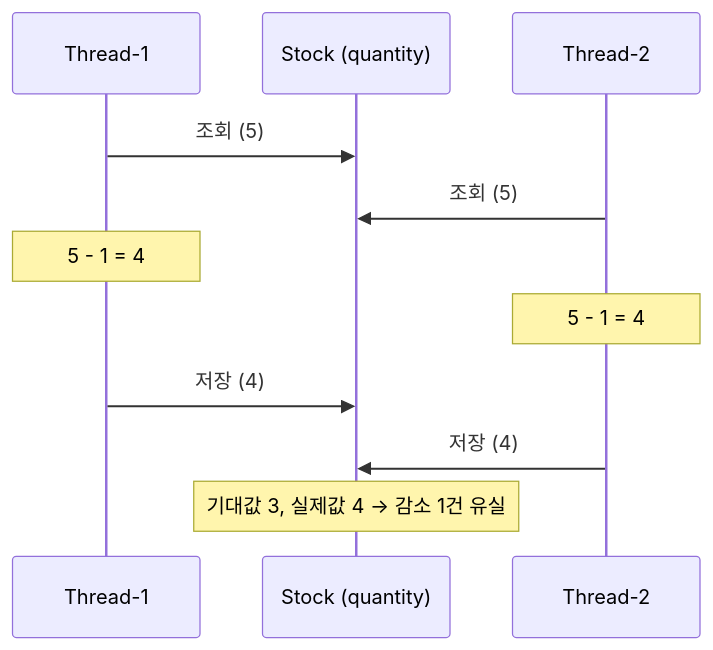
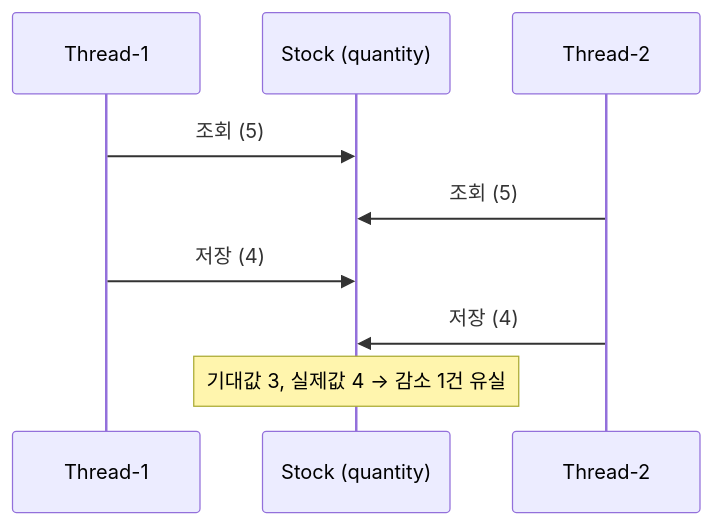
The diagram in README.md (janghappy/stock-concurrency), drawn with Mermaid before and after one commit. The commit also changed other lines of this file and 1 other file, not shown here.

````diff
--- a/README.md
+++ b/README.md
@@ -17,14 +14,12 @@
 ```mermaid
 sequenceDiagram
     participant T1 as Thread-1
     participant DB as Stock (quantity)
     participant T2 as Thread-2
 
     T1->>DB: 조회 (5)
     T2->>DB: 조회 (5)
-    Note over T1: 5 - 1 = 4
-    Note over T2: 5 - 1 = 4
     T1->>DB: 저장 (4)
     T2->>DB: 저장 (4)
     Note over DB: 기대값 3, 실제값 4 → 감소 1건 유실
 ```
````
